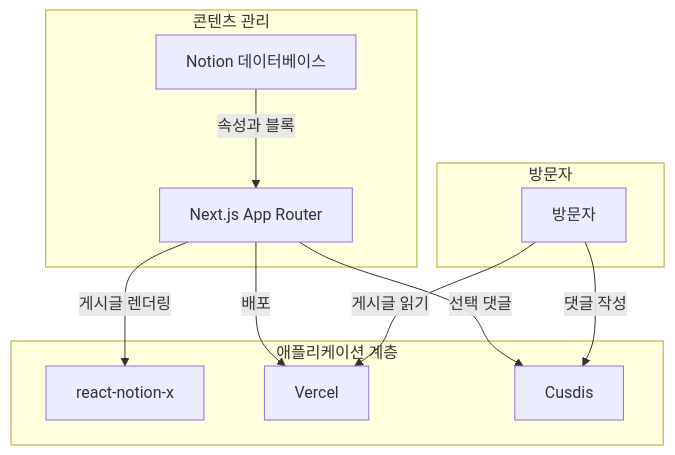
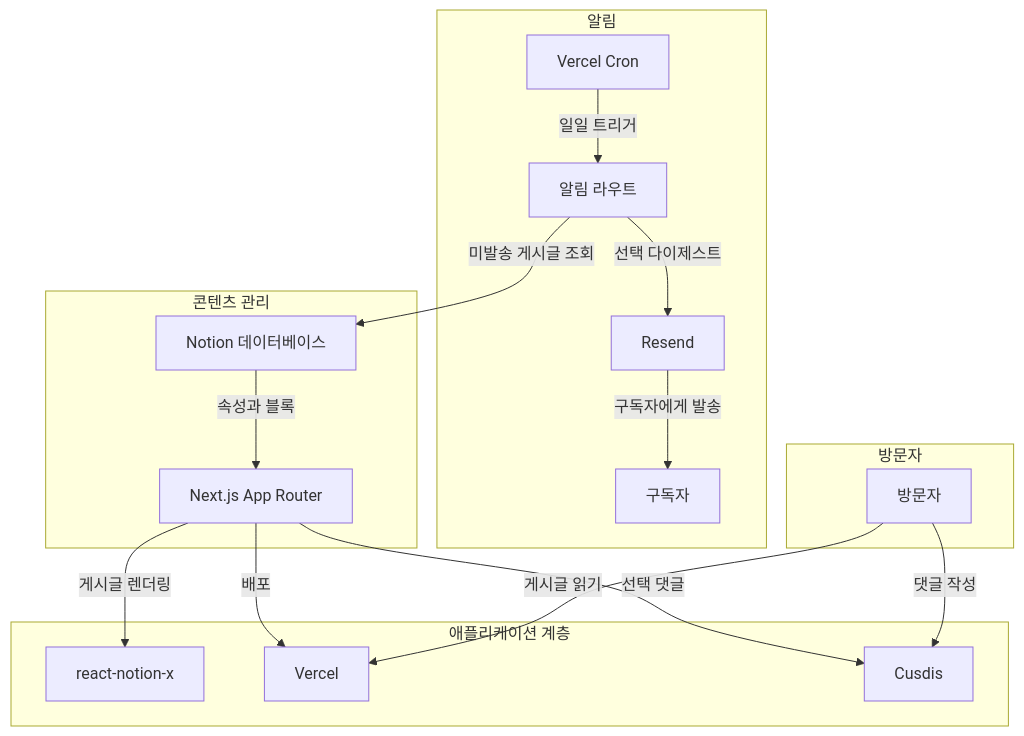
The diagram in README_KR.md (4lph4-dvlp/NoLog), drawn with Mermaid before and after one commit. The commit also changed 1 other file, not shown here.

Commit message:
feat(06-02): add Notifications subgraph to both architecture diagrams
- README.md: new "Notifications" subgraph (Vercel Cron -> Notify Route
  -> Resend -> Subscriber), reusing the existing N[Notion Database] node
  via a cross-subgraph edge, positioned between Application Layer and
  Visitors
- README_KR.md: Korean "알림" counterpart, product nouns (Vercel Cron,
  Resend) left untranslated per existing convention

````diff
--- a/README_KR.md
+++ b/README_KR.md
@@ -26,17 +26,24 @@
 ```mermaid
 graph TD
     subgraph "콘텐츠 관리"
         N[Notion 데이터베이스] -->|속성과 블록| V[Next.js App Router]
     end
 
     subgraph "애플리케이션 계층"
         V -->|게시글 렌더링| RX[react-notion-x]
         V -->|배포| VC[Vercel]
         V -->|선택 댓글| C[Cusdis]
     end
 
+    subgraph "알림"
+        CR[Vercel Cron] -->|일일 트리거| NR[알림 라우트]
+        NR -->|미발송 게시글 조회| N
+        NR -->|선택 다이제스트| RS[Resend]
+        RS -->|구독자에게 발송| SUB[구독자]
+    end
+
     subgraph "방문자"
         U[방문자] -->|게시글 읽기| VC
         U -->|댓글 작성| C
     end
 ```
````
